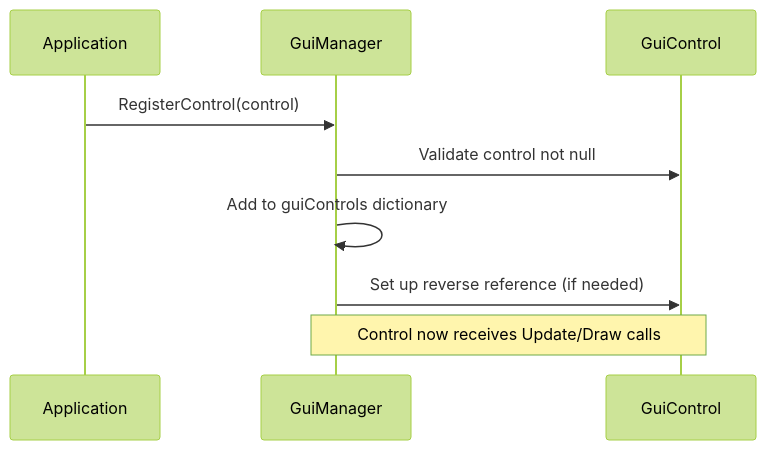
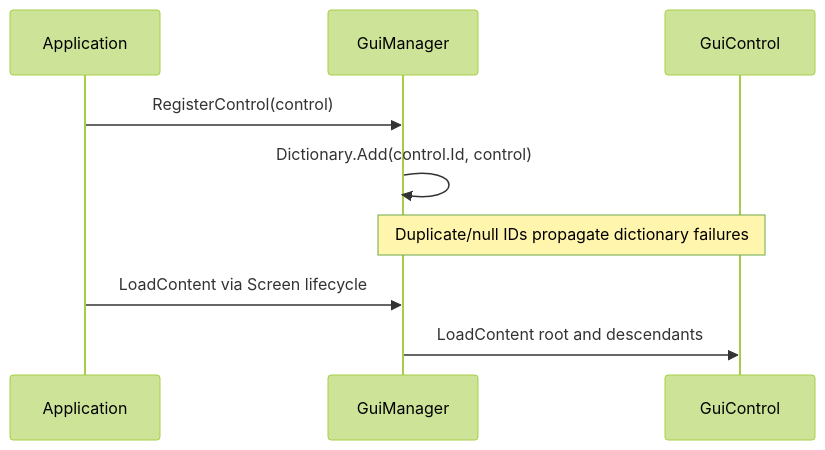
The fifth of 8 diagrams in ARCHITECTURE.md (hmlendea/nucixna.gui), drawn with Mermaid (forest theme) before and after one commit. The commit also changed other lines of this file and 53 other files, not shown here.

````diff
--- a/ARCHITECTURE.md
+++ b/ARCHITECTURE.md
@@ -214,12 +232,12 @@
 ```mermaid
 sequenceDiagram
     participant App as Application
     participant GM as GuiManager
     participant C as GuiControl
 
     App->>GM: RegisterControl(control)
-    GM->>C: Validate control not null
-    GM->>GM: Add to guiControls dictionary
-    GM->>C: Set up reverse reference (if needed)
-    Note over GM,C: Control now receives Update/Draw calls
+    GM->>GM: Dictionary.Add(control.Id, control)
+    Note over GM,C: Duplicate/null IDs propagate dictionary failures
+    App->>GM: LoadContent via Screen lifecycle
+    GM->>C: LoadContent root and descendants
 ```
````
